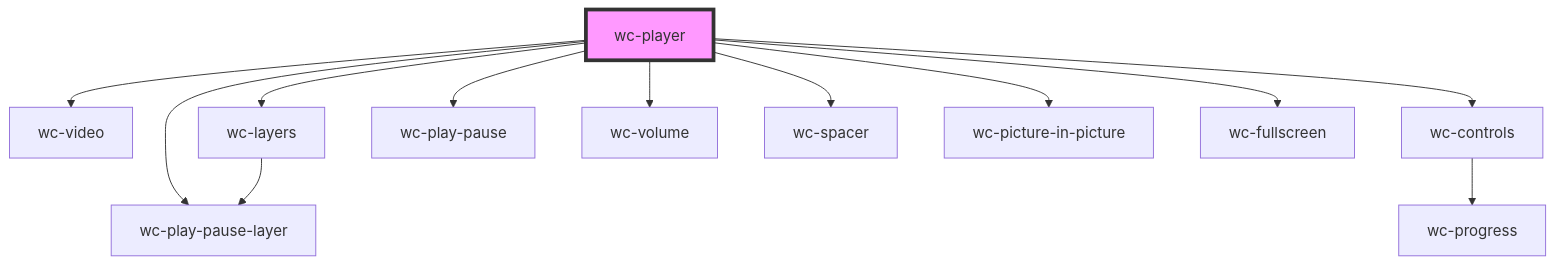
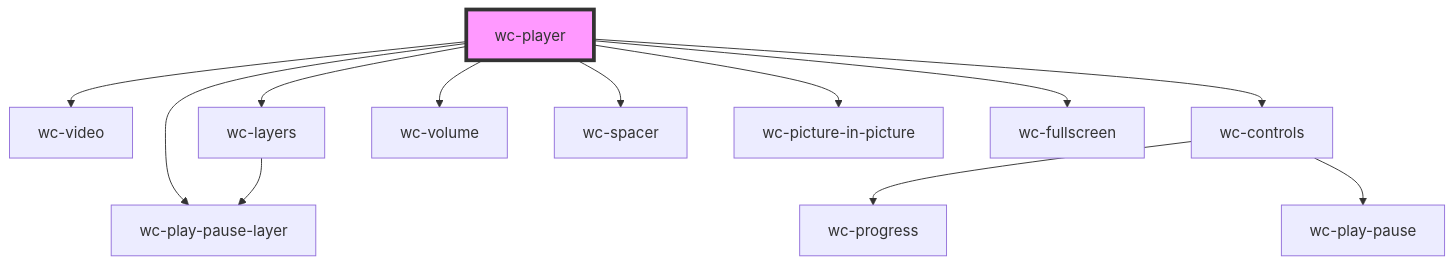
The diagram in packages/wcplayer-components/src/components/wc-player/readme.md (iChengbo/wcplayer), drawn with Mermaid before and after one commit. The commit also changed other lines of this file and 6 other files, not shown here.

Commit message:
feat: move wc-play-pause into wc-controls

````diff
--- a/packages/wcplayer-components/src/components/wc-player/readme.md
+++ b/packages/wcplayer-components/src/components/wc-player/readme.md
@@ -46,15 +45,15 @@
 ```mermaid
 graph TD;
   wc-player --> wc-video
   wc-player --> wc-layers
   wc-player --> wc-play-pause-layer
   wc-player --> wc-controls
-  wc-player --> wc-play-pause
   wc-player --> wc-volume
   wc-player --> wc-spacer
   wc-player --> wc-picture-in-picture
   wc-player --> wc-fullscreen
   wc-layers --> wc-play-pause-layer
   wc-controls --> wc-progress
+  wc-controls --> wc-play-pause
   style wc-player fill:#f9f,stroke:#333,stroke-width:4px
 ```
````
